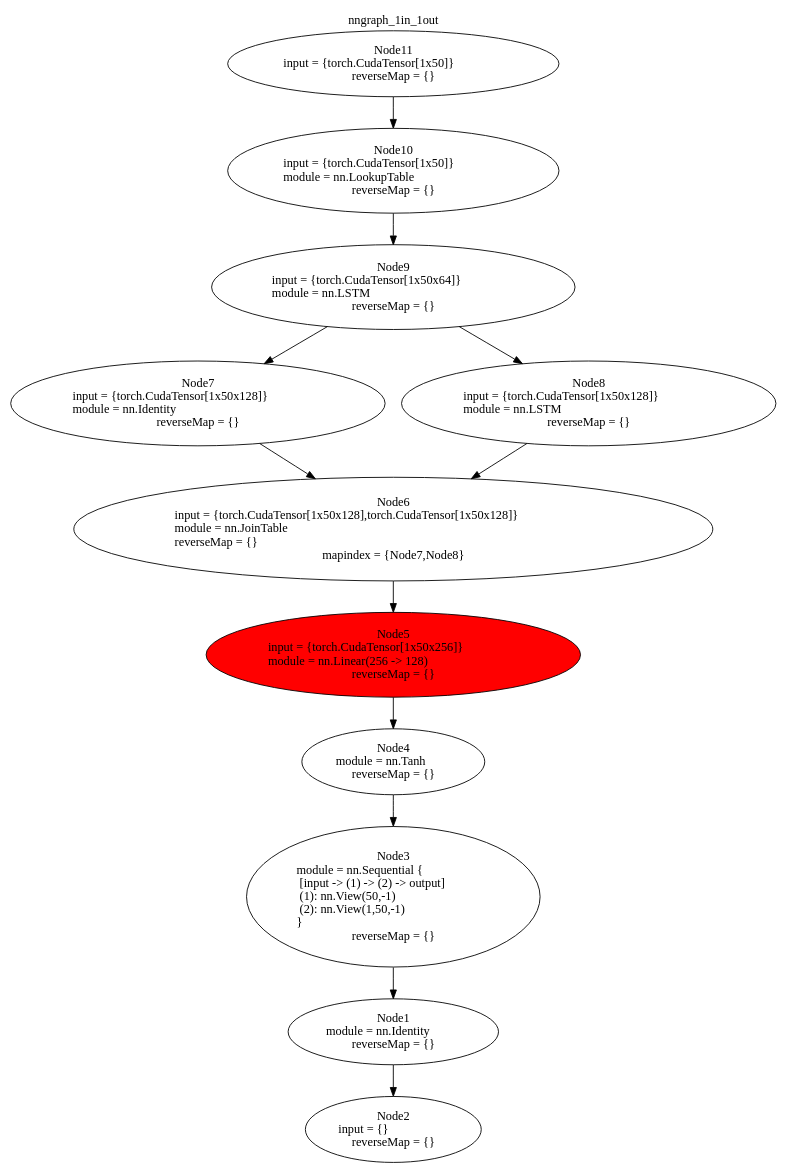
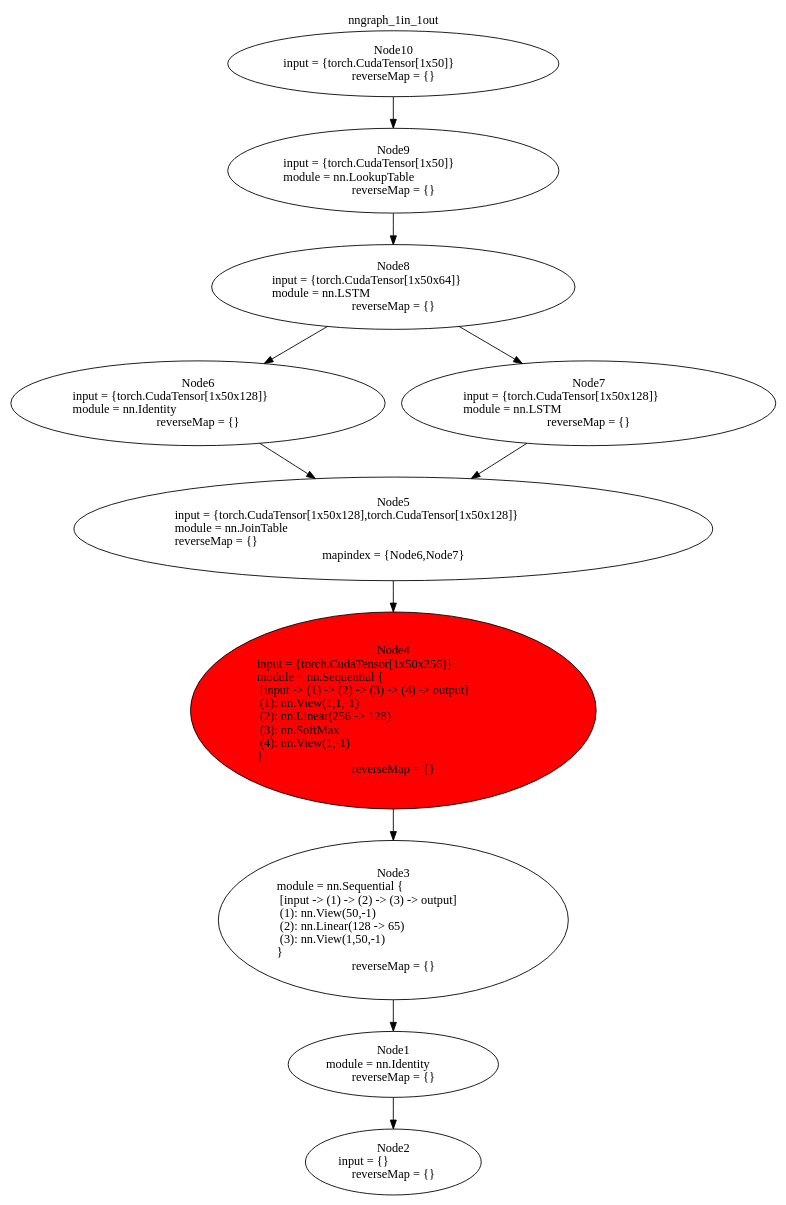
The diagram in nngraph_1in_1out.dot (DylanAuty/torch-rnn-constrained), drawn with Graphviz before and after one commit. The commit also changed 1 other file, not shown here.

```diff
--- a/nngraph_1in_1out.dot
+++ b/nngraph_1in_1out.dot
@@ -1,28 +1,26 @@
 digraph G {
 labelloc="t";
 label="nngraph_1in_1out";
 node [shape = oval]; 
-n1[label="Node1\nmodule = nn.Identity\lreverseMap = {}" tooltip="[./LanguageModelSkipCon.lua]:111_"];
+n1[label="Node1\nmodule = nn.Identity\lreverseMap = {}" tooltip="[./LanguageModelSkipCon.lua]:122_"];
 n2[label="Node2\ninput = {}\lreverseMap = {}" tooltip="[[C]]:-1_"];
-n3[label="Node3\nmodule = nn.Sequential {\l  [input -> (1) -> (2) -> output]\l  (1): nn.View(50,-1)\l  (2): nn.View(1,50,-1)\l}\lreverseMap = {}" tooltip="[./LanguageModelSkipCon.lua]:111_"];
-n4[label="Node4\nmodule = nn.Tanh\lreverseMap = {}" tooltip="[./LanguageModelSkipCon.lua]:95_"];
-n5[label="Node5\ninput = {torch.CudaTensor[1x50x256]}\lmodule = nn.Linear(256 -> 128)\lreverseMap = {}" tooltip="[./LanguageModelSkipCon.lua]:94_"];
-n6[label="Node6\ninput = {torch.CudaTensor[1x50x128],torch.CudaTensor[1x50x128]}\lmodule = nn.JoinTable\lreverseMap = {}\lmapindex = {Node7,Node8}" tooltip="[./LanguageModelSkipCon.lua]:85_"];
-n7[label="Node7\ninput = {torch.CudaTensor[1x50x128]}\lmodule = nn.Identity\lreverseMap = {}" tooltip="[./LanguageModelSkipCon.lua]:64_"];
-n8[label="Node8\ninput = {torch.CudaTensor[1x50x128]}\lmodule = nn.LSTM\lreverseMap = {}" tooltip="[./LanguageModelSkipCon.lua]:79_"];
-n9[label="Node9\ninput = {torch.CudaTensor[1x50x64]}\lmodule = nn.LSTM\lreverseMap = {}" tooltip="[./LanguageModelSkipCon.lua]:58_"];
-n10[label="Node10\ninput = {torch.CudaTensor[1x50]}\lmodule = nn.LookupTable\lreverseMap = {}" tooltip="[./LanguageModelSkipCon.lua]:41_"];
-n11[label="Node11\ninput = {torch.CudaTensor[1x50]}\lreverseMap = {}" tooltip="[[C]]:-1_"];
+n3[label="Node3\nmodule = nn.Sequential {\l  [input -> (1) -> (2) -> (3) -> output]\l  (1): nn.View(50,-1)\l  (2): nn.Linear(128 -> 65)\l  (3): nn.View(1,50,-1)\l}\lreverseMap = {}" tooltip="[./LanguageModelSkipCon.lua]:122_"];
+n4[label="Node4\ninput = {torch.CudaTensor[1x50x256]}\lmodule = nn.Sequential {\l  [input -> (1) -> (2) -> (3) -> (4) -> output]\l  (1): nn.View(1,1,-1)\l  (2): nn.Linear(256 -> 128)\l  (3): nn.SoftMax\l  (4): nn.View(1,-1)\l}\lreverseMap = {}" tooltip="[./LanguageModelSkipCon.lua]:122_"];
+n5[label="Node5\ninput = {torch.CudaTensor[1x50x128],torch.CudaTensor[1x50x128]}\lmodule = nn.JoinTable\lreverseMap = {}\lmapindex = {Node6,Node7}" tooltip="[./LanguageModelSkipCon.lua]:85_"];
+n6[label="Node6\ninput = {torch.CudaTensor[1x50x128]}\lmodule = nn.Identity\lreverseMap = {}" tooltip="[./LanguageModelSkipCon.lua]:64_"];
+n7[label="Node7\ninput = {torch.CudaTensor[1x50x128]}\lmodule = nn.LSTM\lreverseMap = {}" tooltip="[./LanguageModelSkipCon.lua]:79_"];
+n8[label="Node8\ninput = {torch.CudaTensor[1x50x64]}\lmodule = nn.LSTM\lreverseMap = {}" tooltip="[./LanguageModelSkipCon.lua]:58_"];
+n9[label="Node9\ninput = {torch.CudaTensor[1x50]}\lmodule = nn.LookupTable\lreverseMap = {}" tooltip="[./LanguageModelSkipCon.lua]:41_"];
+n10[label="Node10\ninput = {torch.CudaTensor[1x50]}\lreverseMap = {}" tooltip="[[C]]:-1_"];
 n1 -> n2;
 n3 -> n1;
 n4 -> n3;
 n5 -> n4;
 n6 -> n5;
-n7 -> n6;
+n7 -> n5;
 n8 -> n6;
-n9 -> n7;
+n8 -> n7;
 n9 -> n8;
 n10 -> n9;
-n11 -> n10;
-n5[style=filled, fillcolor=red];
+n4[style=filled, fillcolor=red];
 }
```
